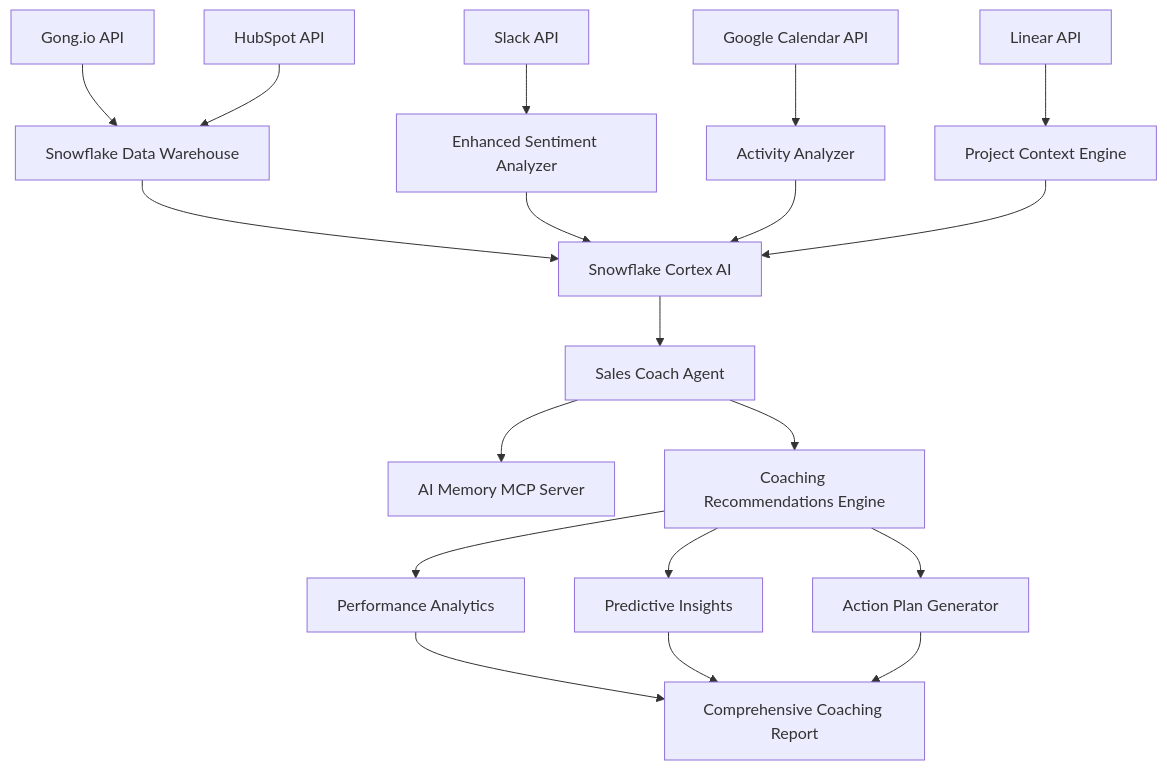
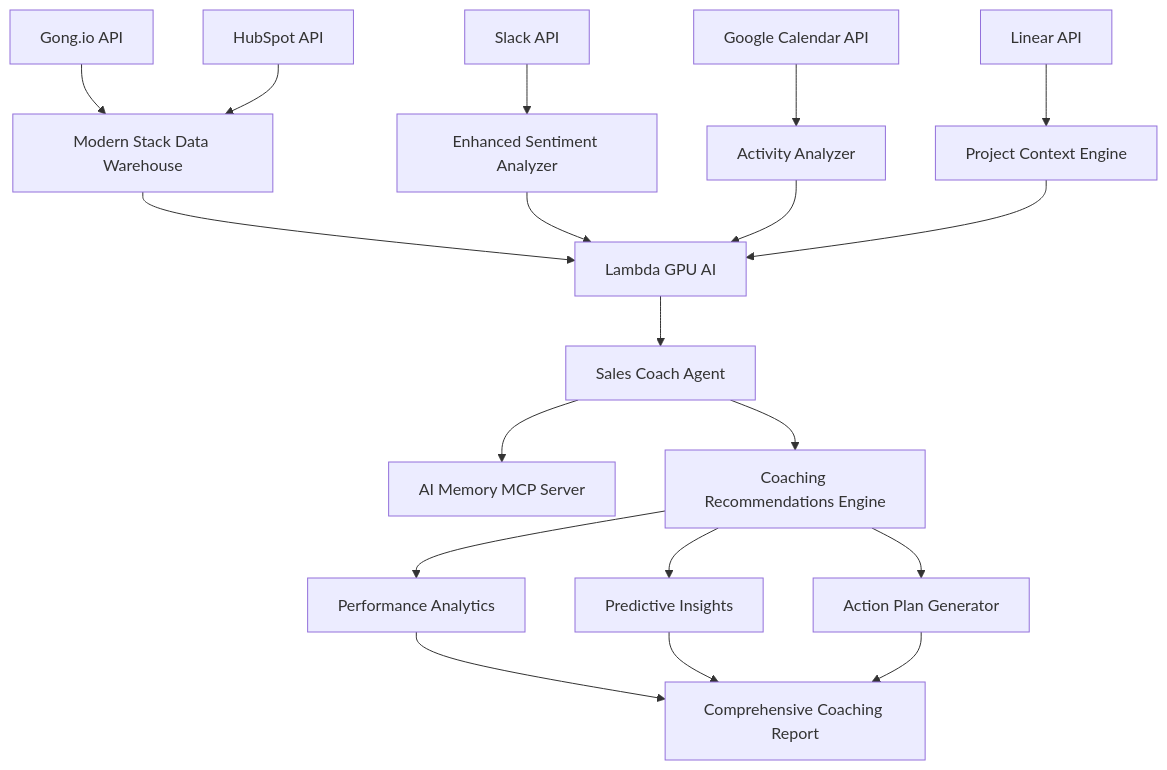
Before and after one commit to ai-cherry/sophia-strategic-development: the diagram in SALES_COACH_ARCHITECTURE_FLOW.md, drawn with Mermaid. The commit also changed other lines of this file and 646 other files, not shown here.

````diff
--- a/SALES_COACH_ARCHITECTURE_FLOW.md
+++ b/SALES_COACH_ARCHITECTURE_FLOW.md
@@ -7,25 +7,25 @@
 ```mermaid
 graph TD
-    A[Gong.io API] --> B[Snowflake Data Warehouse]
+    A[Gong.io API] --> B[Modern Stack Data Warehouse]
     C[Slack API] --> D[Enhanced Sentiment Analyzer]
     E[HubSpot API] --> B
     F[Google Calendar API] --> G[Activity Analyzer]
     H[Linear API] --> I[Project Context Engine]
 
-    B --> J[Snowflake Cortex AI]
+    B --> J[Lambda GPU AI]
     D --> J
     G --> J
     I --> J
 
     J --> K[Sales Coach Agent]
     K --> L[AI Memory MCP Server]
     K --> M[Coaching Recommendations Engine]
 
     M --> N[Performance Analytics]
     M --> O[Predictive Insights]
     M --> P[Action Plan Generator]
 
     N --> Q[Comprehensive Coaching Report]
     O --> Q
     P --> Q
 ```
````
